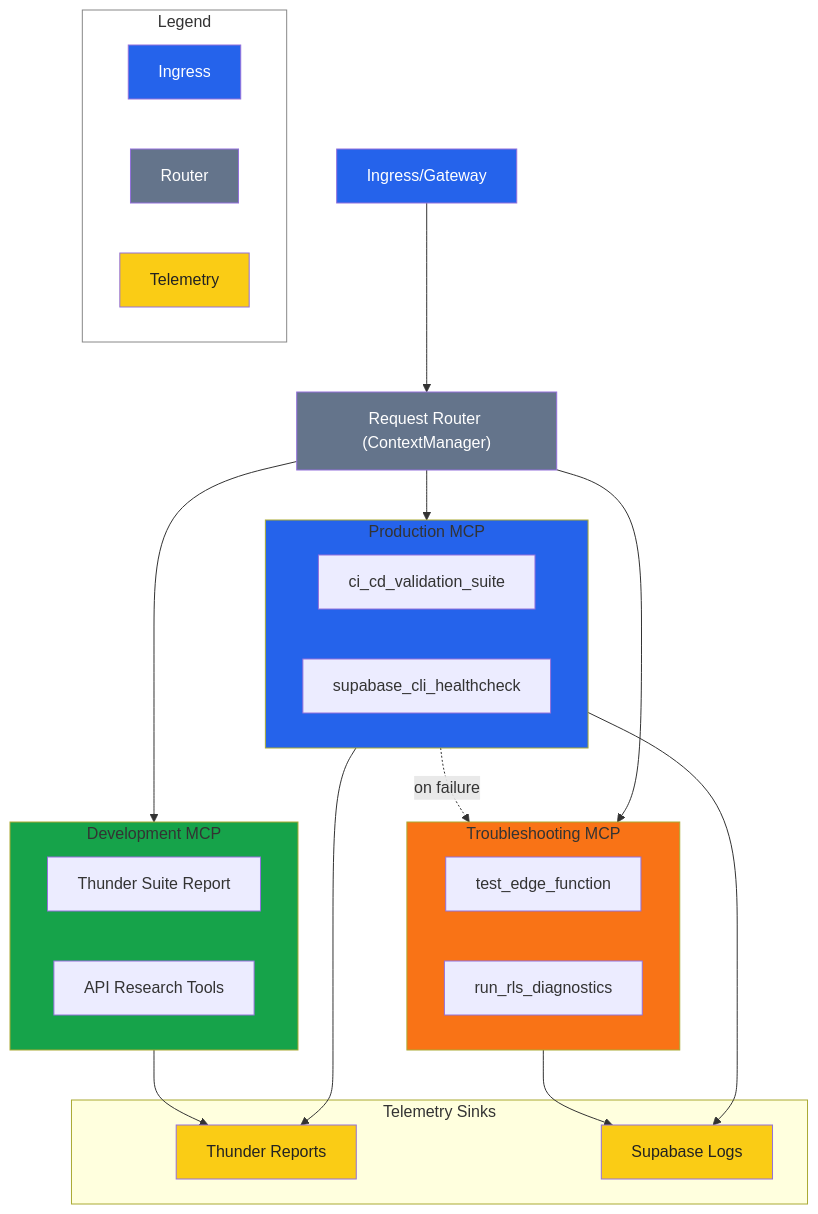
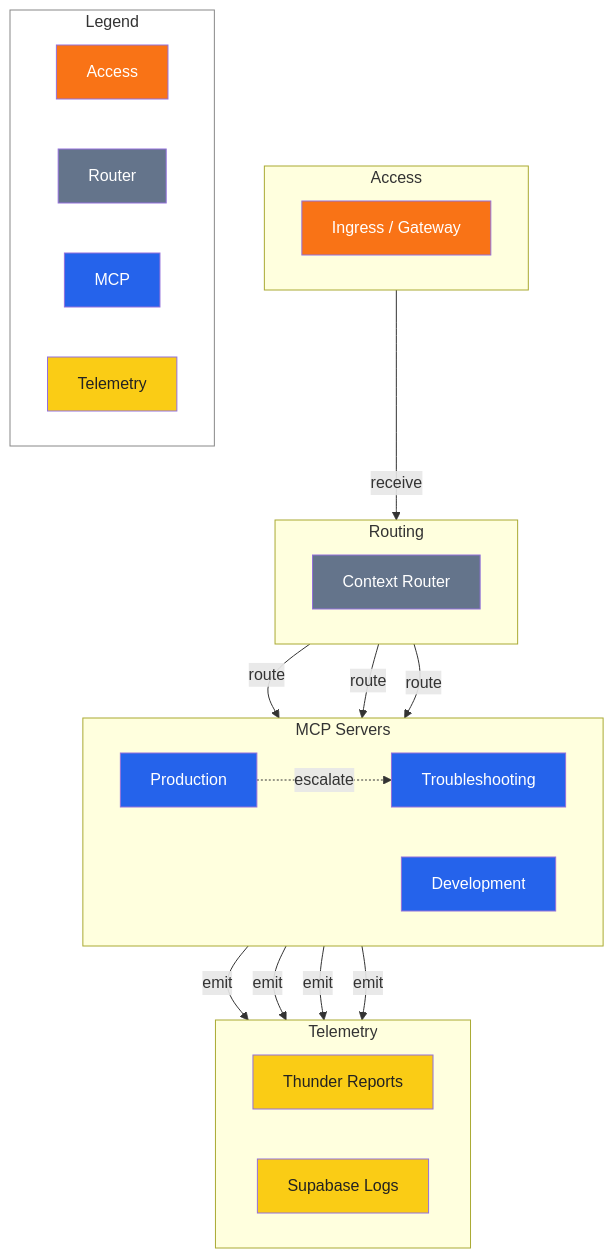
The diagram in docs/diagrams/tooling/mcp-routing-overview.mmd (Alextorelli/ProspectPro), drawn with Mermaid before and after one commit. The commit also changed 16 other files, not shown here.

Commit message:
docs: update diagrams and manifest, regenerate documentation assets, and refine workspace checklist

```diff
--- a/docs/diagrams/tooling/mcp-routing-overview.mmd
+++ b/docs/diagrams/tooling/mcp-routing-overview.mmd
@@ -1,50 +1,55 @@
 %% MCP Routing Overview
 %% accTitle: MCP Routing Overview
-%% accDescr: Request ingress through router to MCP servers with telemetry sinks and escalation flow
-%% Palette: ingress #2563eb, router #64748b, telemetry #facc15
-flowchart TB
-  Ingress["Ingress/Gateway"]:::ingress
-  Router["Request Router (ContextManager)"]:::router
-  subgraph PROD["Production MCP"]
-    P1["ci_cd_validation_suite"]
-    P2["supabase_cli_healthcheck"]
-    style PROD fill:#2563eb
+%% accDescr: Top-down routing from ingress through context router to MCP servers and telemetry sinks
+%% Palette: access #f97316, router #64748b, mcp #2563eb, telemetry #facc15
+flowchart TD
+  subgraph AccessLayer["Access"]
+    direction LR
+    Ingress["Ingress / Gateway"]:::access
   end
-  subgraph DEV["Development MCP"]
-    D1["Thunder Suite Report"]
-    D2["API Research Tools"]
-    style DEV fill:#16a34a
+
+  subgraph RoutingLayer["Routing"]
+    direction LR
+    Router["Context Router"]:::router
   end
-  subgraph TROUBLE["Troubleshooting MCP"]
-    T1["test_edge_function"]
-    T2["run_rls_diagnostics"]
-    style TROUBLE fill:#f97316
+
+  subgraph MCPLayer["MCP Servers"]
+    direction LR
+    Production["Production"]:::mcp
+    Development["Development"]:::mcp
+    Troubleshooting["Troubleshooting"]:::mcp
   end
-  subgraph TELEM["Telemetry Sinks"]
-    TR["Thunder Reports"]:::telemetry
-    SL["Supabase Logs"]:::telemetry
+
+  subgraph TelemetryLayer["Telemetry"]
+    direction LR
+    ThunderReports["Thunder Reports"]:::telemetry
+    SupabaseLogs["Supabase Logs"]:::telemetry
   end
-  Ingress --> Router
-  Router --> PROD
-  Router --> DEV
-  Router --> TROUBLE
-  PROD --> TR
-  PROD --> SL
-  DEV --> TR
-  TROUBLE --> SL
-  %% Escalation flow
-  PROD -.->|"on failure"| TROUBLE
-  %% Legend
-  subgraph LEGEND["Legend"]
+
+  Ingress -->|"receive"| Router
+  Router -->|"route"| Production
+  Router -->|"route"| Development
+  Router -->|"route"| Troubleshooting
+  Production -->|"emit"| ThunderReports
+  Production -->|"emit"| SupabaseLogs
+  Development -->|"emit"| ThunderReports
+  Troubleshooting -->|"emit"| SupabaseLogs
+  Production -.->|"escalate"| Troubleshooting
+
+  classDef access fill:#f97316,color:#fff;
+  classDef router fill:#64748b,color:#fff;
+  classDef mcp fill:#2563eb,color:#fff;
+  classDef telemetry fill:#facc15,color:#222;
+
+  subgraph Legend["Legend"]
     direction LR
-    L1["Ingress"]
+    L1["Access"]
     L2["Router"]
-    L3["Telemetry"]
-    style LEGEND fill:#fff,stroke:#888,stroke-width:1px
-    style L1 fill:#2563eb,color:#fff
+    L3["MCP"]
+    L4["Telemetry"]
+    style Legend fill:#fff,stroke:#888,stroke-width:1px
+    style L1 fill:#f97316,color:#fff
     style L2 fill:#64748b,color:#fff
-    style L3 fill:#facc15,color:#222
+    style L3 fill:#2563eb,color:#fff
+    style L4 fill:#facc15,color:#222
   end
-  classDef ingress fill:#2563eb,color:#fff;
-  classDef router fill:#64748b,color:#fff;
-  classDef telemetry fill:#facc15,color:#222;
```
